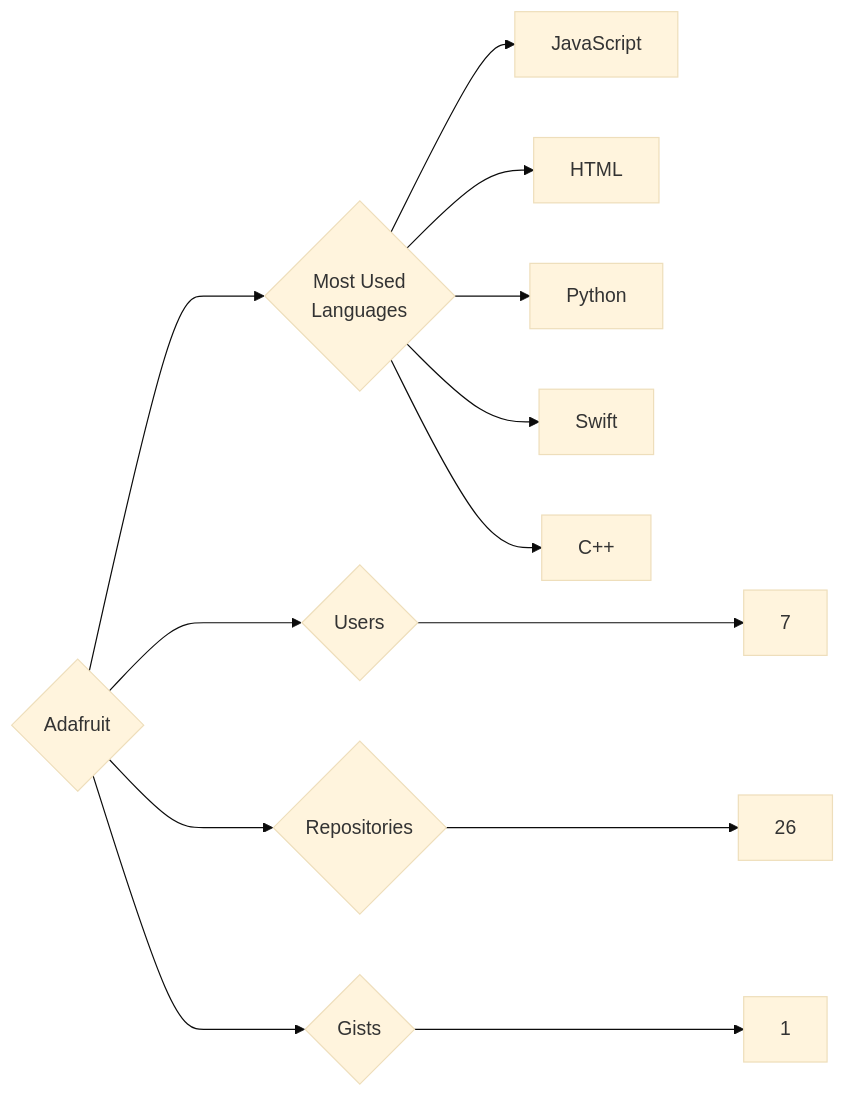
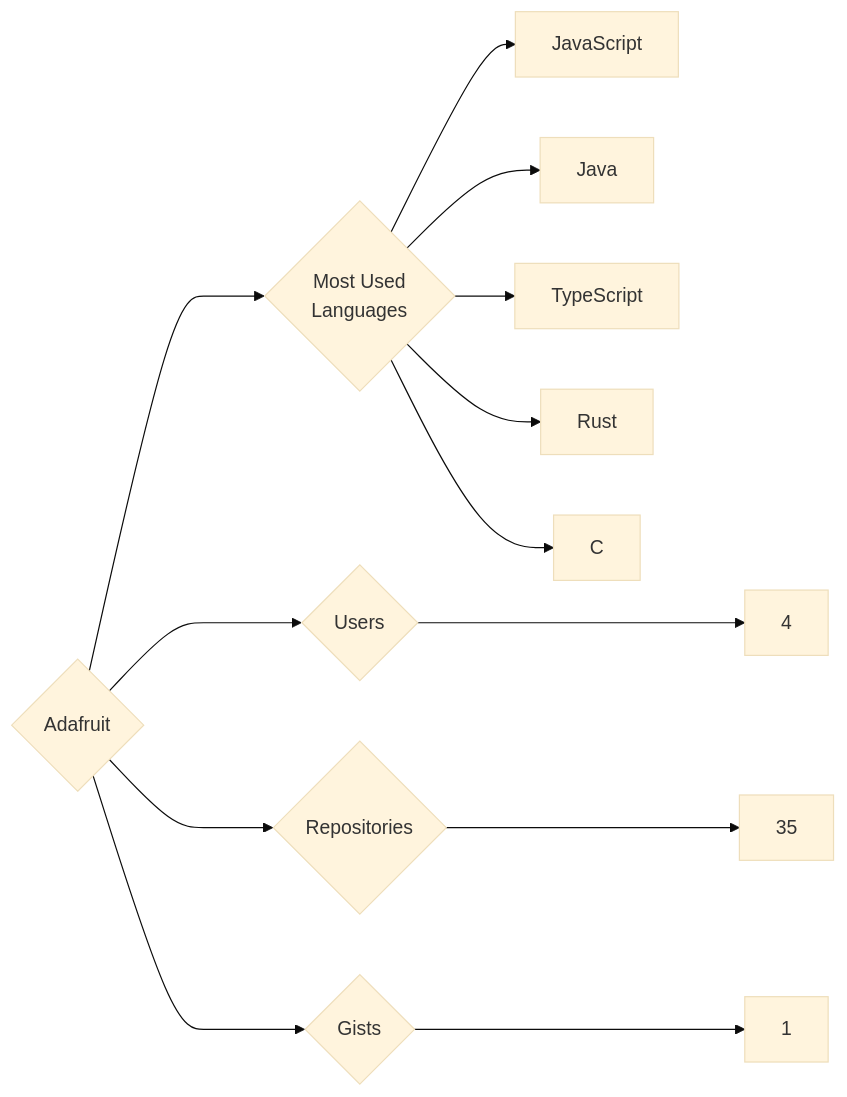
The diagram in targets/Adafruit/README.md (trickest/insiders), drawn with Mermaid (base theme) before and after one commit. The commit also changed 1123 other files, not shown here.

````diff
--- a/targets/Adafruit/README.md
+++ b/targets/Adafruit/README.md
@@ -3,13 +3,13 @@
 ```mermaid
 graph LR
 COMPANY_NAME{Adafruit}
-COMPANY_NAME ---> U{Users} ---> UN[7]
-COMPANY_NAME ---> R{Repositories} ---> RN[26]
+COMPANY_NAME ---> U{Users} ---> UN[4]
+COMPANY_NAME ---> R{Repositories} ---> RN[35]
 COMPANY_NAME ---> G{Gists} ---> GN[1]
 COMPANY_NAME ---> ML{Most Used<br>Languages}
 ML --> JavaScript[JavaScript]
-ML --> HTML[HTML]
-ML --> Python[Python]
-ML --> Swift[Swift]
-ML --> C++[C++]
+ML --> Java[Java]
+ML --> TypeScript[TypeScript]
+ML --> Rust[Rust]
+ML --> C[C]
 ```
````
